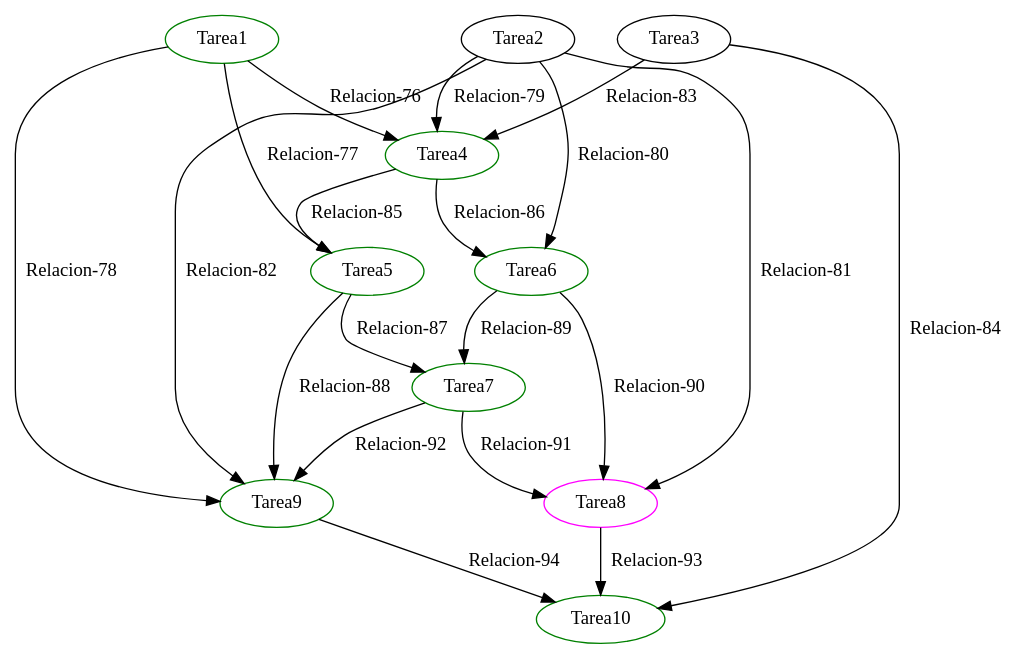
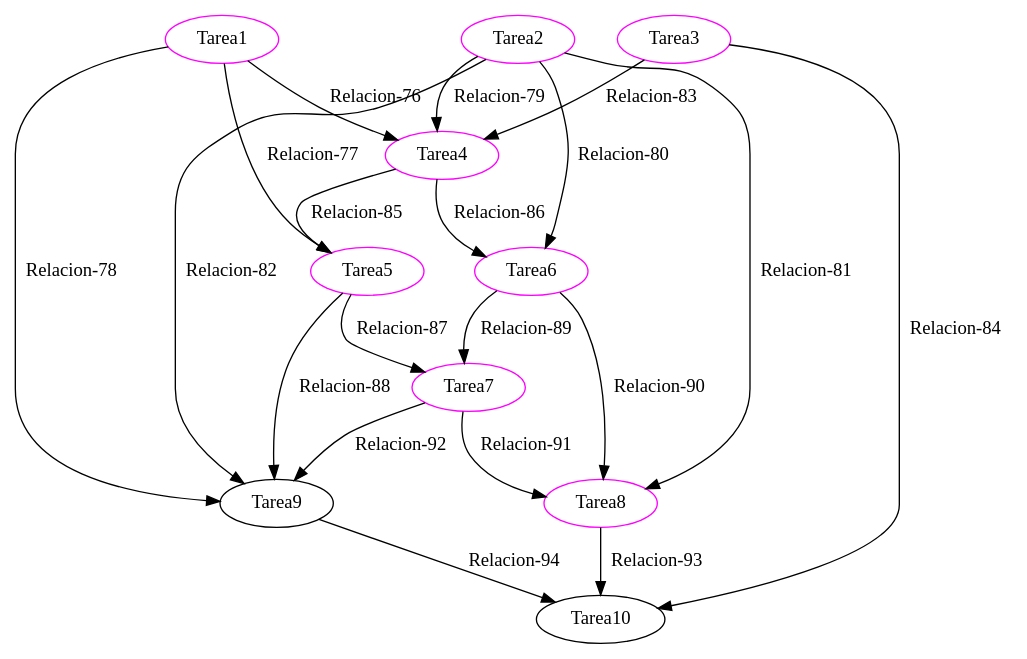
One commit to ExceptionMaster/PI3 changed the diagram in exports/ejercicio3b_2.dot. Above: the diagram before and after it, drawn with Graphviz. The commit also changed 4 other files, not shown here.

```diff
--- a/exports/ejercicio3b_2.dot
+++ b/exports/ejercicio3b_2.dot
@@ -1,31 +1,31 @@
 strict digraph G {
-  1 [ color="green" label="Tarea1" ];
-  2 [ color="black" label="Tarea2" ];
-  3 [ color="black" label="Tarea3" ];
-  4 [ color="green" label="Tarea4" ];
-  5 [ color="green" label="Tarea5" ];
-  6 [ color="green" label="Tarea6" ];
-  7 [ color="green" label="Tarea7" ];
+  1 [ color="magenta" label="Tarea1" ];
+  2 [ color="magenta" label="Tarea2" ];
+  3 [ color="magenta" label="Tarea3" ];
+  4 [ color="magenta" label="Tarea4" ];
+  5 [ color="magenta" label="Tarea5" ];
+  6 [ color="magenta" label="Tarea6" ];
+  7 [ color="magenta" label="Tarea7" ];
   8 [ color="magenta" label="Tarea8" ];
-  9 [ color="green" label="Tarea9" ];
-  10 [ color="green" label="Tarea10" ];
+  9 [ color="black" label="Tarea9" ];
+  10 [ color="black" label="Tarea10" ];
   1 -> 4 [ color="black" label="Relacion-76" ];
   1 -> 5 [ color="black" label="Relacion-77" ];
   1 -> 9 [ color="black" label="Relacion-78" ];
   2 -> 4 [ color="black" label="Relacion-79" ];
   2 -> 6 [ color="black" label="Relacion-80" ];
   2 -> 8 [ color="black" label="Relacion-81" ];
   2 -> 9 [ color="black" label="Relacion-82" ];
   3 -> 4 [ color="black" label="Relacion-83" ];
   3 -> 10 [ color="black" label="Relacion-84" ];
   4 -> 5 [ color="black" label="Relacion-85" ];
   4 -> 6 [ color="black" label="Relacion-86" ];
   5 -> 7 [ color="black" label="Relacion-87" ];
   5 -> 9 [ color="black" label="Relacion-88" ];
   6 -> 7 [ color="black" label="Relacion-89" ];
   6 -> 8 [ color="black" label="Relacion-90" ];
   7 -> 8 [ color="black" label="Relacion-91" ];
   7 -> 9 [ color="black" label="Relacion-92" ];
   8 -> 10 [ color="black" label="Relacion-93" ];
   9 -> 10 [ color="black" label="Relacion-94" ];
 }
```
